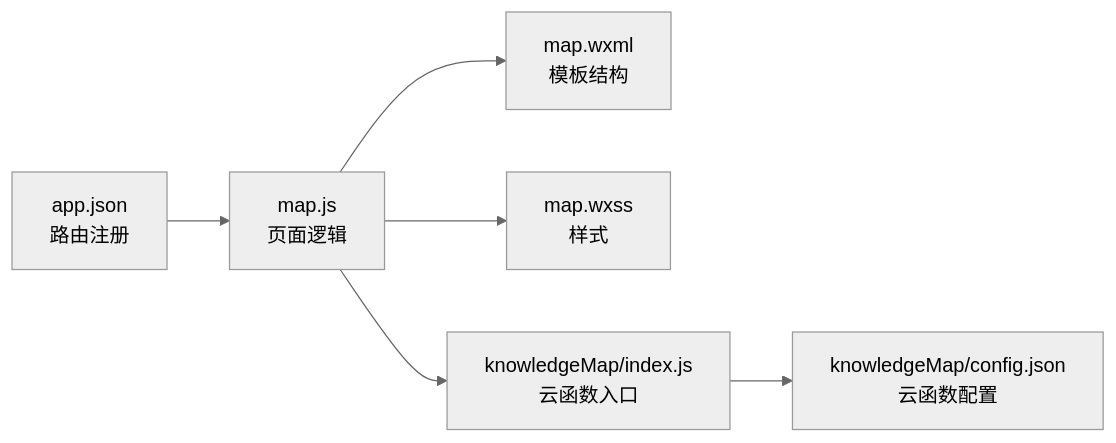
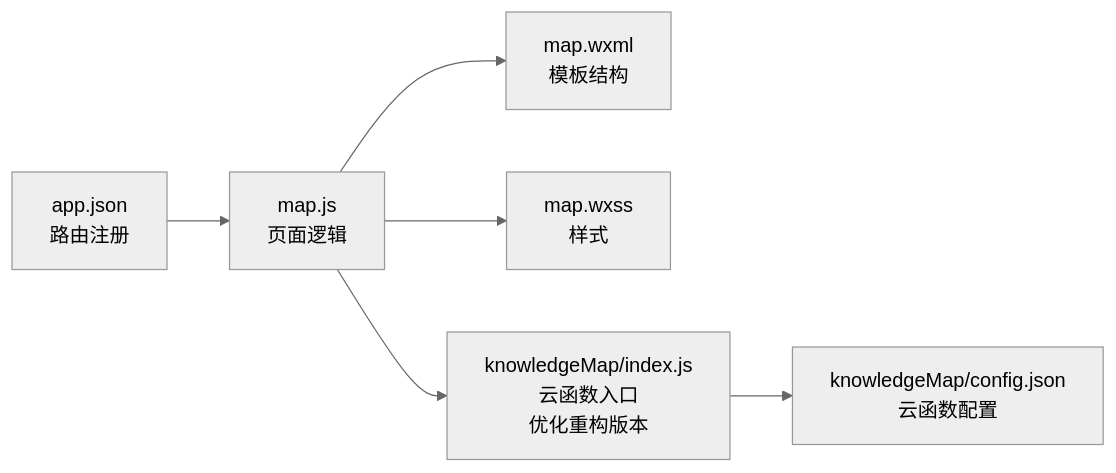
The third of 3 diagrams in .qoder/repowiki/zh/content/核心功能模块/知识图谱系统/知识图谱系统.md (cwb7756/bio), drawn with Mermaid (neutral theme) before and after one commit. The commit also changed other lines of this file and 46 other files, not shown here.

````diff
--- a/.qoder/repowiki/zh/content/核心功能模块/知识图谱系统/知识图谱系统.md
+++ b/.qoder/repowiki/zh/content/核心功能模块/知识图谱系统/知识图谱系统.md
@@ -231,8 +243,8 @@
 ```mermaid
 graph LR
 APP_JSON["app.json<br/>路由注册"] --> MAP_JS["map.js<br/>页面逻辑"]
 MAP_JS --> MAP_WXML["map.wxml<br/>模板结构"]
 MAP_JS --> MAP_WXSS["map.wxss<br/>样式"]
-MAP_JS --> KM_INDEX["knowledgeMap/index.js<br/>云函数入口"]
+MAP_JS --> KM_INDEX["knowledgeMap/index.js<br/>云函数入口<br/>优化重构版本"]
 KM_INDEX --> KM_CONFIG["knowledgeMap/config.json<br/>云函数配置"]
 ```
````
